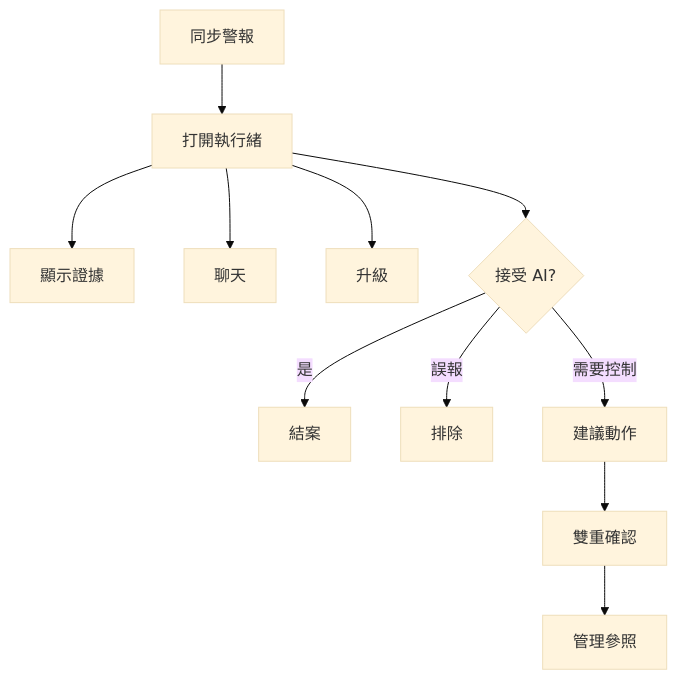
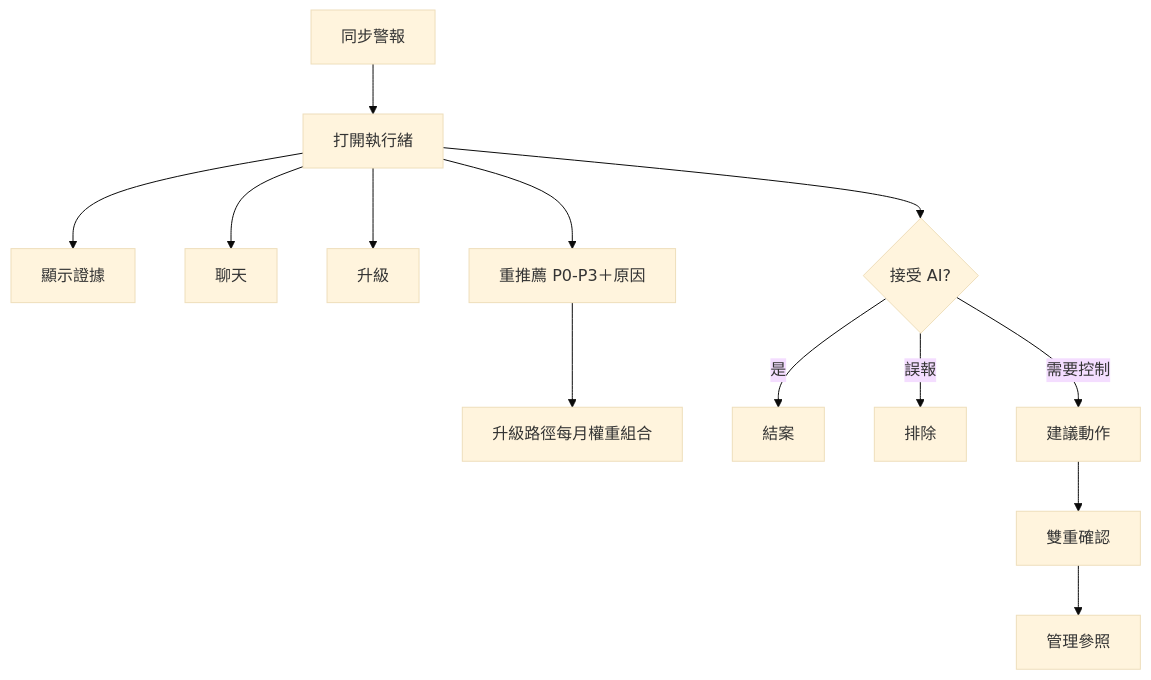
One commit to hxyan2020/PRD changed the tenth of 13 diagrams in platform/docs/USER_GUIDE.zh-Hant.md. Above: the diagram before and after it, drawn with Mermaid (base theme). The commit also changed other lines of this file and 11 other files, not shown here.

````diff
--- a/platform/docs/USER_GUIDE.zh-Hant.md
+++ b/platform/docs/USER_GUIDE.zh-Hant.md
@@ -513,13 +514,15 @@
 ```mermaid
 graph TD
   Sync[同步警報] --> Thread[打開執行緒]
   Thread --> Ev[顯示證據]
   Thread --> Chat[聊天]
   Thread --> Esc[升級]
+  Thread --> Sev[重推薦 P0-P3＋原因]
+  Sev --> Pack[升級路徑每月權重組合]
   Thread --> Dec{接受 AI?}
   Dec -->|是| Close[結案]
   Dec -->|誤報| Dismiss[排除]
   Dec -->|需要控制| Rec[建議動作]
   Rec --> DC[雙重確認]
   DC --> Admin[管理參照]
 ```
````
